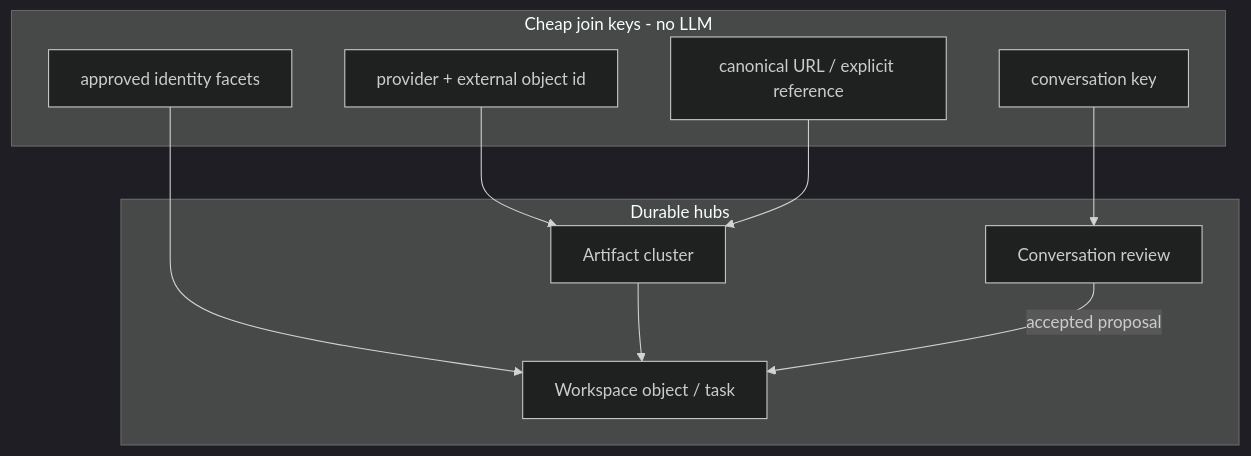
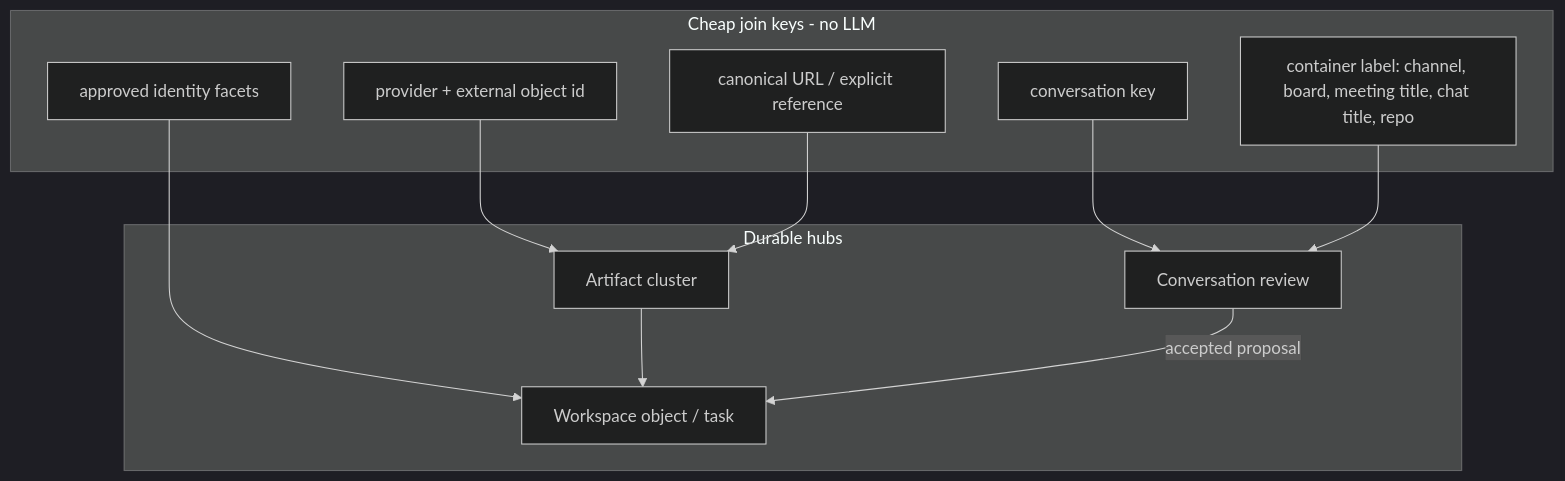
Before and after one commit to timborovkov/the-timeline-ai: the fourth of 7 diagrams in docs/relational-memory.md, drawn with Mermaid (dark theme). The commit also changed other lines of this file and 8 other files, not shown here.

First line of the commit message:
docs: freeze container-label hub qualify in ADR 0015

````diff
--- a/docs/relational-memory.md
+++ b/docs/relational-memory.md
@@ -329,22 +333,24 @@
 ```mermaid
 flowchart TB
   subgraph hard [Cheap join keys - no LLM]
     ProviderId["provider + external object id"]
     Conversation["conversation key"]
     URL["canonical URL / explicit reference"]
     Identity["approved identity facets"]
+    Container["container label: channel, board, meeting title, chat title, repo"]
   end
 
   subgraph durable [Durable hubs]
     Cluster[Artifact cluster]
     Object[Workspace object / task]
     ConversationReview[Conversation review]
   end
 
   ProviderId --> Cluster
   URL --> Cluster
   Conversation --> ConversationReview
+  Container --> ConversationReview
   Identity --> Object
   Cluster --> Object
   ConversationReview -->|"accepted proposal"| Object
 ```
````
